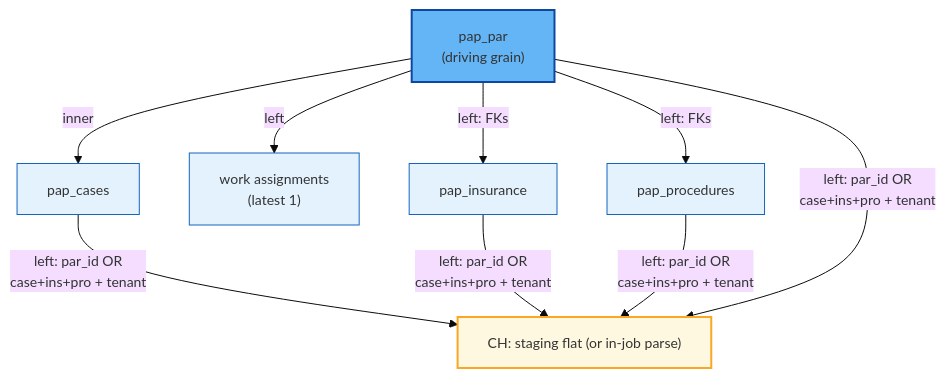
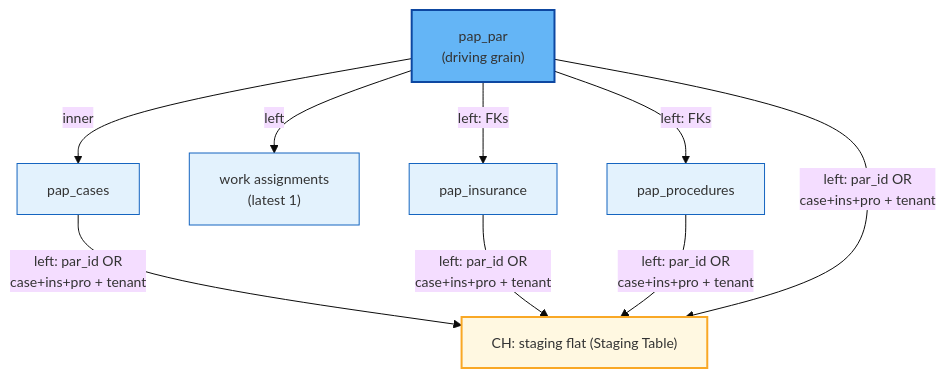
Before and after one commit to Kuldeep-kdp/Documents: the second of 2 diagrams in EVB_AGENT_RAW_DATA_NEW_BUSINESS_AND_TECHNICAL_V2.md, drawn with Mermaid. The commit also changed other lines of this file, not shown here.

````diff
--- a/EVB_AGENT_RAW_DATA_NEW_BUSINESS_AND_TECHNICAL_V2.md
+++ b/EVB_AGENT_RAW_DATA_NEW_BUSINESS_AND_TECHNICAL_V2.md
@@ -107,23 +107,23 @@
 ```mermaid
 %%{init: {'theme': 'base', 'themeVariables': { 'fontSize': '14px'}}}%%
 flowchart TB
   PAR["pap_par\n(driving grain)"]
   C["pap_cases"]
   WA["work assignments\n(latest 1)"]
   INS["pap_insurance"]
   PRO["pap_procedures"]
-  CHL["CH: staging flat (or in-job parse)"]
+  CHL["CH: staging flat (Staging Table)"]
 
   PAR -->|inner| C
   PAR -->|left| WA
   PAR -->|left: FKs| INS
   PAR -->|left: FKs| PRO
   C & INS & PRO & PAR -->|left: par_id OR\ncase+ins+pro + tenant| CHL
 
   classDef grain fill:#64B5F6,stroke:#0D47A1,stroke-width:2px
   classDef pap fill:#E3F2FD,stroke:#1565C0
   classDef chf fill:#FFF8E1,stroke:#F9A825,stroke-width:2px
   class PAR grain
   class C,WA,INS,PRO pap
   class CHL chf
 ```
````
